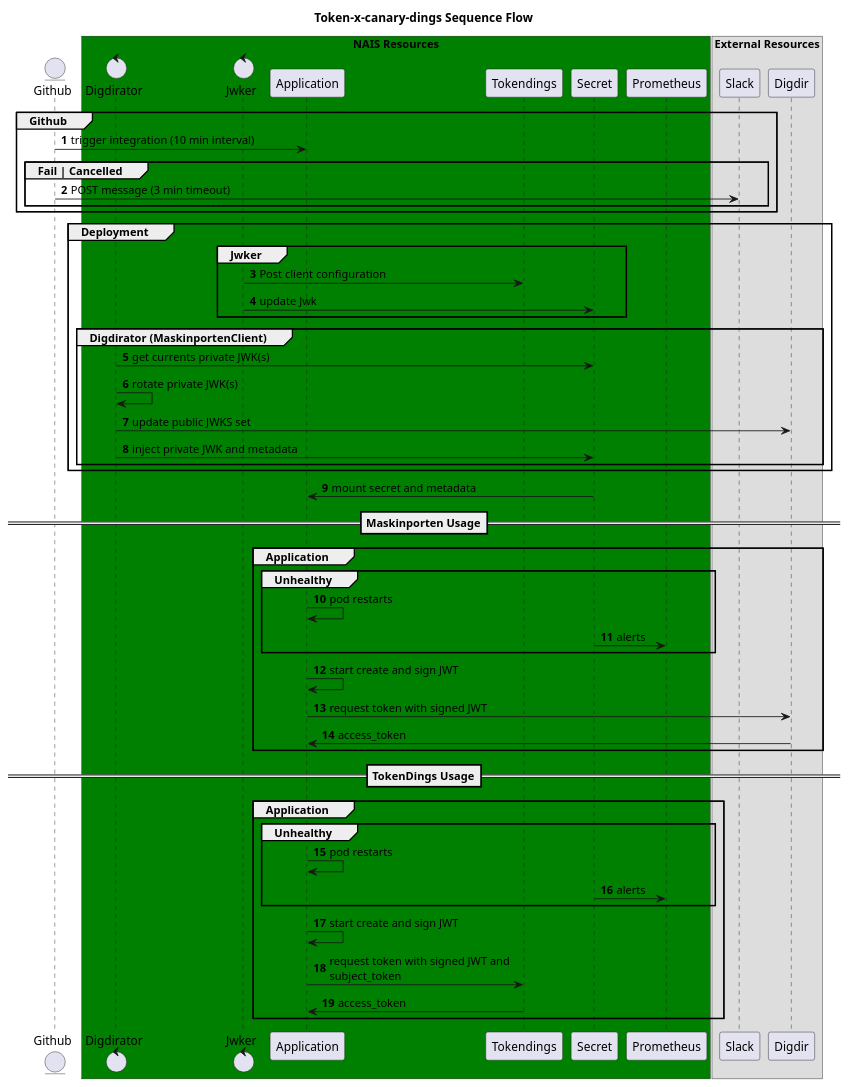
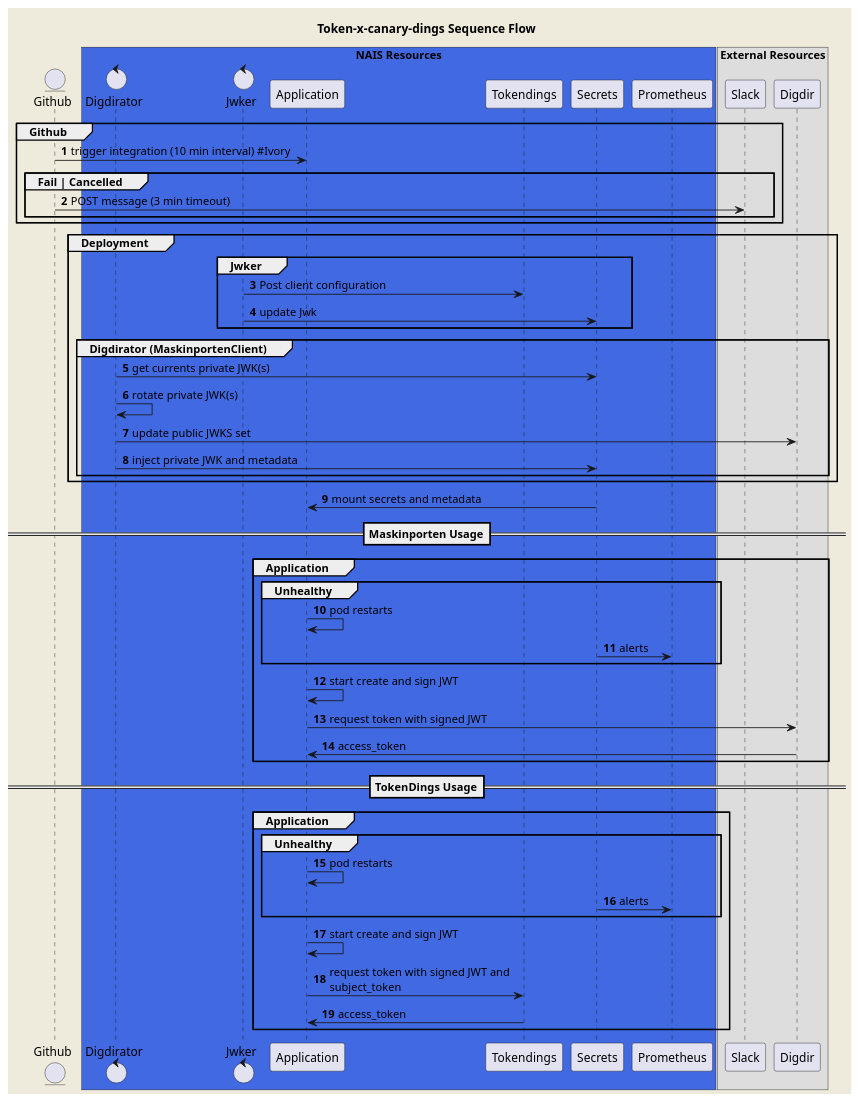
One commit to navikt/digdirator-maskinporten changed the diagram in docs/sequence.puml. Above: the diagram before and after it, drawn with PlantUML. The commit also changed 2 other files, not shown here.

Commit message:
update sequence.png private methods

```diff
--- a/docs/sequence.puml
+++ b/docs/sequence.puml
@@ -1,67 +1,68 @@
 @startuml component
 title Token-x-canary-dings Sequence Flow
+skinparam backgroundColor #EEEBDC
 skinparam maxMessageSize 300
 autonumber
 
 entity github as "Github"
 
-box "NAIS Resources" #Green
+box "NAIS Resources" #RoyalBlue
 control digdirator as "Digdirator"
 control jwker as "Jwker"
 participant application as "Application"
 participant tokendings as "Tokendings"
-participant nais as "Secret"
+participant nais as "Secrets"
 participant prom as "Prometheus"
 end box
 
 box "External Resources"
 participant slack as "Slack"
 participant digdir as "Digdir"
 end box
 
 group Github
-github -> application: trigger integration (10 min interval)
+github -> application: trigger integration (10 min interval) #Ivory
     group Fail | Cancelled
     github -> slack: POST message (3 min timeout)
     end
 end
 
 group Deployment
 group Jwker
     jwker -> tokendings: Post client configuration
     jwker -> nais: update Jwk
 end
 
 group Digdirator (MaskinportenClient)
         digdirator -> nais: get currents private JWK(s)
         digdirator -> digdirator: rotate private JWK(s)
         digdirator -> digdir: update public JWKS set
         digdirator -> nais: inject private JWK and metadata
     end
 end
 
-nais -> application: mount secret and metadata
+nais -> application: mount secrets and metadata
 
 ==Maskinporten Usage==
 group Application
     group Unhealthy
         application -> application: pod restarts
         nais -> prom: alerts
     end
     application -> application: start create and sign JWT
     application -> digdir: request token with signed JWT
     digdir -> application: access_token
 end
 
 ==TokenDings Usage==
 group Application
     group Unhealthy
         application -> application: pod restarts
         nais -> prom: alerts
     end
     application -> application: start create and sign JWT
     application -> tokendings: request token with signed JWT and subject_token
     tokendings -> application: access_token
 end
 
 @enduml
```
